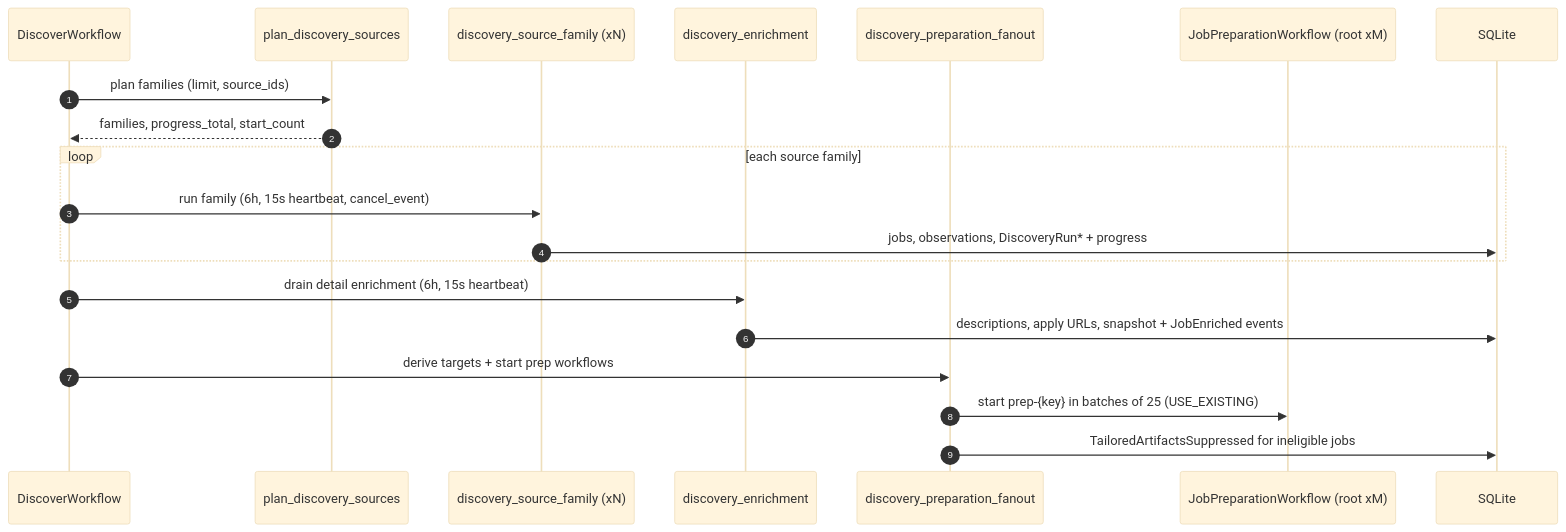
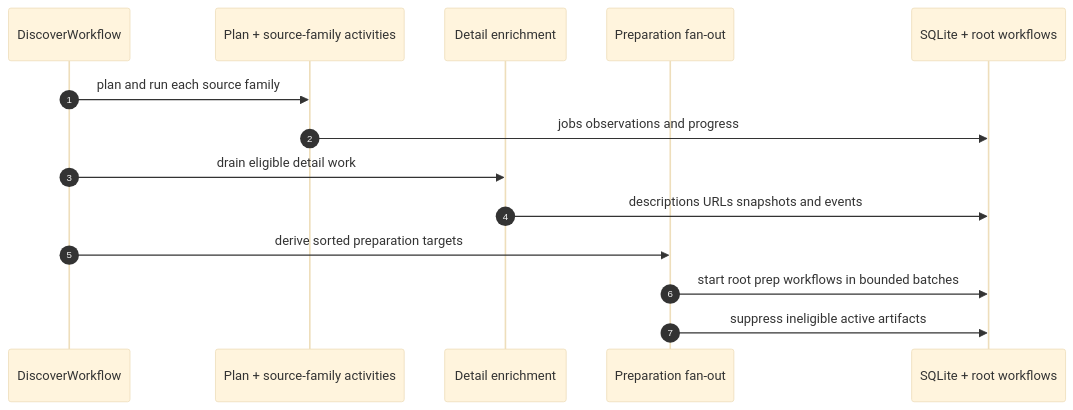
Before and after one commit to ebarti/JobCtrl: the first of 7 diagrams in docs/architecture/pipeline/stages.md, drawn with Mermaid (base theme). The commit also changed other lines of this file and 46 other files, not shown here.

````diff
--- a/docs/architecture/pipeline/stages.md
+++ b/docs/architecture/pipeline/stages.md
@@ -23,23 +23,17 @@
 ```mermaid
 sequenceDiagram
     autonumber
     participant WF as DiscoverWorkflow
-    participant Plan as plan_discovery_sources
-    participant Src as discovery_source_family (xN)
-    participant Enr as discovery_enrichment
-    participant Fan as discovery_preparation_fanout
-    participant Prep as JobPreparationWorkflow (root xM)
-    participant DB as SQLite
+    participant Sources as Plan + source-family activities
+    participant Enrich as Detail enrichment
+    participant Prep as Preparation fan-out
+    participant Store as SQLite + root workflows
 
-    WF->>Plan: plan families (limit, source_ids)
-    Plan-->>WF: families, progress_total, start_count
-    loop each source family
-        WF->>Src: run family (6h, 15s heartbeat, cancel_event)
-        Src->>DB: jobs, observations, DiscoveryRun* + progress
-    end
-    WF->>Enr: drain detail enrichment (6h, 15s heartbeat)
-    Enr->>DB: descriptions, apply URLs, snapshot + JobEnriched events
-    WF->>Fan: derive targets + start prep workflows
-    Fan->>Prep: start prep-{key} in batches of 25 (USE_EXISTING)
-    Fan->>DB: TailoredArtifactsSuppressed for ineligible jobs
+    WF->>Sources: plan and run each source family
+    Sources->>Store: jobs observations and progress
+    WF->>Enrich: drain eligible detail work
+    Enrich->>Store: descriptions URLs snapshots and events
+    WF->>Prep: derive sorted preparation targets
+    Prep->>Store: start root prep workflows in bounded batches
+    Prep->>Store: suppress ineligible active artifacts
 ```
````
